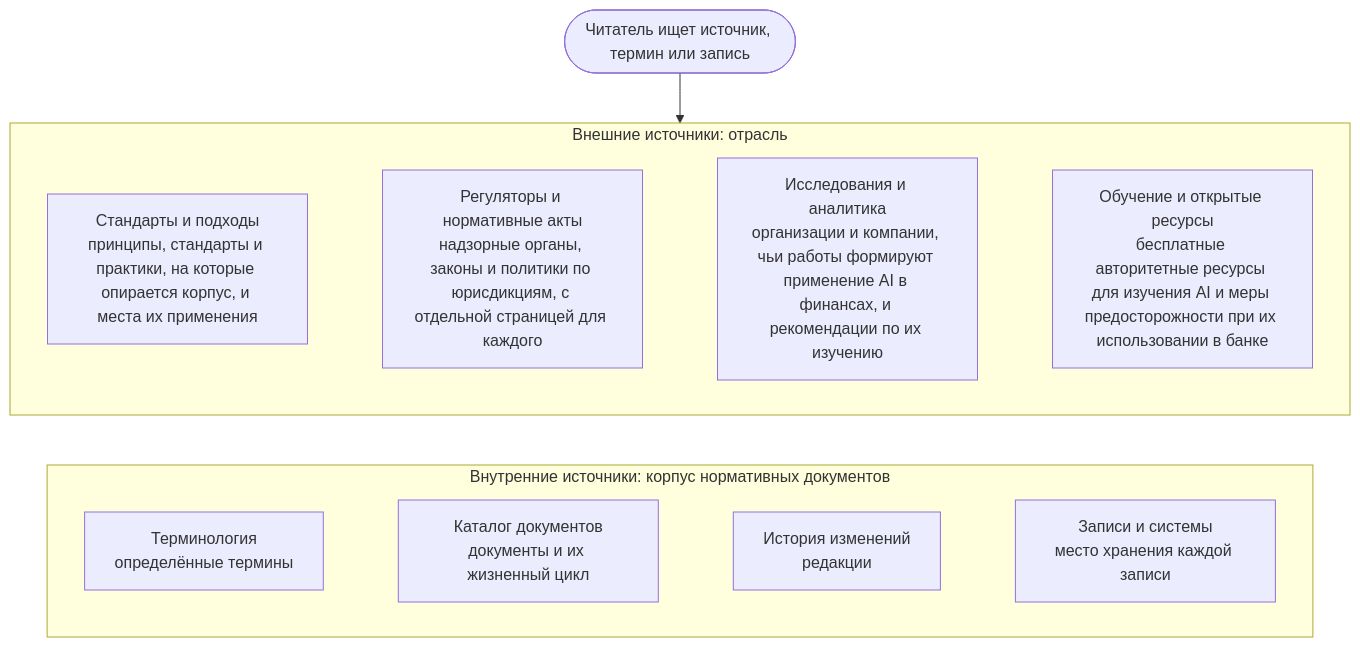
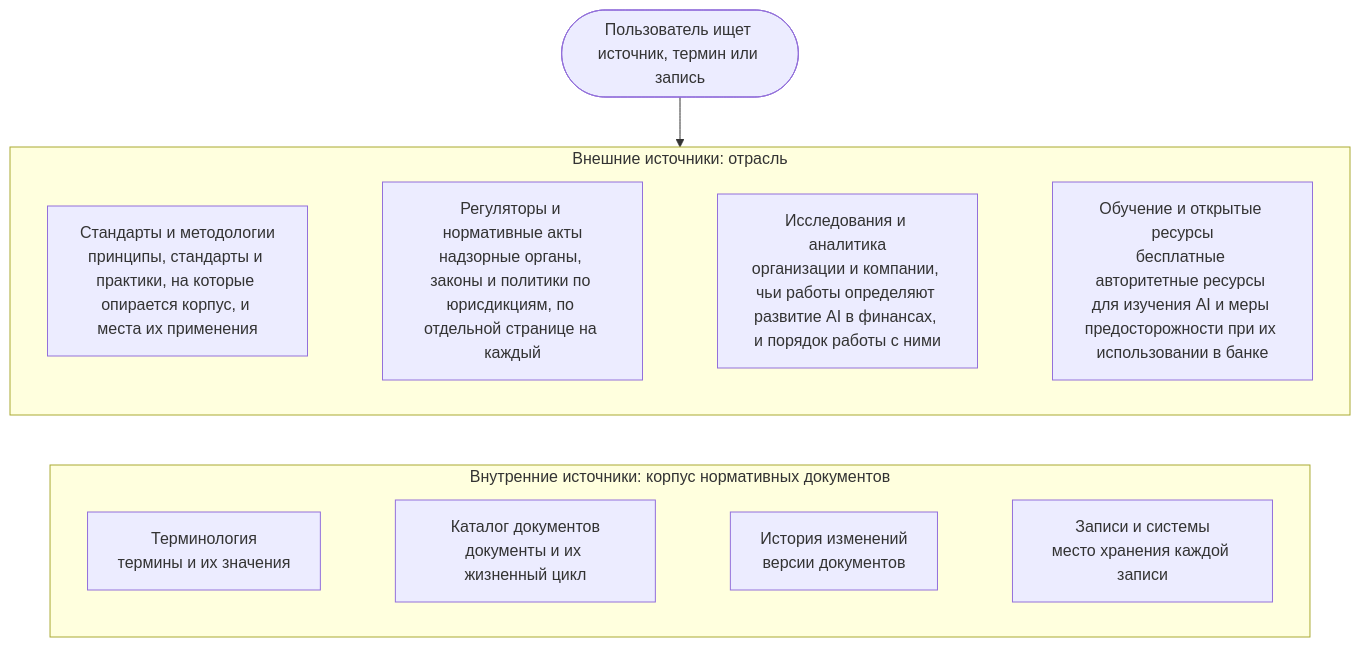
The diagram in portal/content/ru/reference/overview.md (devhogu/ob-aicc), drawn with Mermaid before and after one commit. The commit also changed other lines of this file and 40 other files, not shown here.

````diff
--- a/portal/content/ru/reference/overview.md
+++ b/portal/content/ru/reference/overview.md
@@ -13,14 +13,14 @@
 ```mermaid
 flowchart TB
-  Q(["Читатель ищет источник, термин или запись"])
+  Q(["Пользователь ищет источник, термин или запись"])
   subgraph ROW1["Внешние источники: отрасль"]
     direction LR
-    S["Стандарты и подходы<br/>принципы, стандарты и практики, на которые опирается корпус, и места их применения"] ~~~ R["Регуляторы и нормативные акты<br/>надзорные органы, законы и политики по юрисдикциям, с отдельной страницей для каждого"] ~~~ I["Исследования и аналитика<br/>организации и компании, чьи работы формируют применение AI в финансах, и рекомендации по их изучению"] ~~~ L["Обучение и открытые ресурсы<br/>бесплатные авторитетные ресурсы для изучения AI и меры предосторожности при их использовании в банке"]
+    S["Стандарты и методологии<br/>принципы, стандарты и практики, на которые опирается корпус, и места их применения"] ~~~ R["Регуляторы и нормативные акты<br/>надзорные органы, законы и политики по юрисдикциям, по отдельной странице на каждый"] ~~~ I["Исследования и аналитика<br/>организации и компании, чьи работы определяют развитие AI в финансах, и порядок работы с ними"] ~~~ L["Обучение и открытые ресурсы<br/>бесплатные авторитетные ресурсы для изучения AI и меры предосторожности при их использовании в банке"]
   end
   subgraph ROW2["Внутренние источники: корпус нормативных документов"]
     direction LR
-    V["Терминология<br/>определённые термины"] ~~~ C["Каталог документов<br/>документы и их жизненный цикл"] ~~~ H["История изменений<br/>редакции"] ~~~ K["Записи и системы<br/>место хранения каждой записи"]
+    V["Терминология<br/>термины и их значения"] ~~~ C["Каталог документов<br/>документы и их жизненный цикл"] ~~~ H["История изменений<br/>версии документов"] ~~~ K["Записи и системы<br/>место хранения каждой записи"]
   end
   Q --> ROW1
   ROW1 ~~~ ROW2
 ```
````
